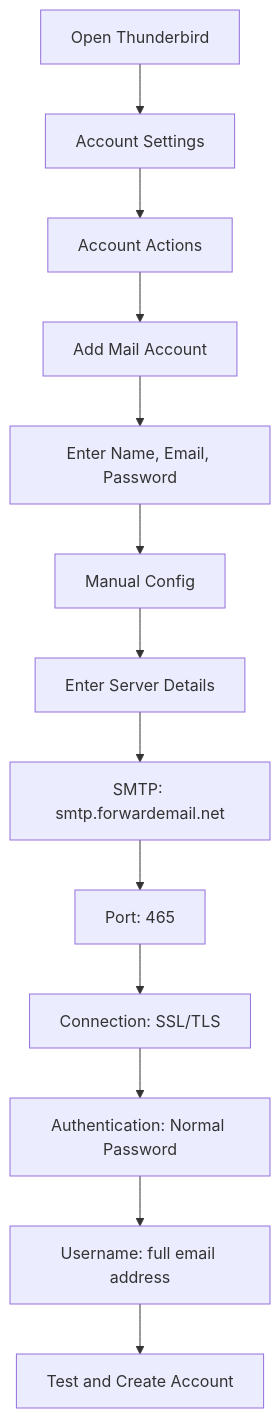
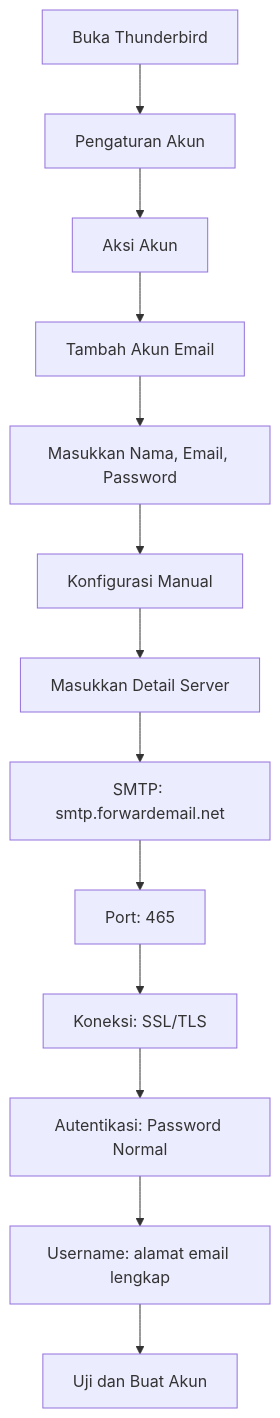
The diagram in app/views/guides/smtp-integration/index-id.md (forwardemail/forwardemail.net), drawn with Mermaid before and after one commit. The commit also changed other lines of this file and 1055 other files, not shown here.

````diff
--- a/app/views/guides/smtp-integration/index-id.md
+++ b/app/views/guides/smtp-integration/index-id.md
@@ -427,15 +434,15 @@
 ```mermaid
 flowchart TD
-    A[Open Thunderbird] --> B[Account Settings]
-    B --> C[Account Actions]
-    C --> D[Add Mail Account]
-    D --> E[Enter Name, Email, Password]
-    E --> F[Manual Config]
-    F --> G[Enter Server Details]
+    A[Buka Thunderbird] --> B[Pengaturan Akun]
+    B --> C[Aksi Akun]
+    C --> D[Tambah Akun Email]
+    D --> E[Masukkan Nama, Email, Password]
+    E --> F[Konfigurasi Manual]
+    F --> G[Masukkan Detail Server]
     G --> H[SMTP: smtp.forwardemail.net]
     H --> I[Port: 465]
-    I --> J[Connection: SSL/TLS]
-    J --> K[Authentication: Normal Password]
-    K --> L[Username: full email address]
-    L --> M[Test and Create Account]
+    I --> J[Koneksi: SSL/TLS]
+    J --> K[Autentikasi: Password Normal]
+    K --> L[Username: alamat email lengkap]
+    L --> M[Uji dan Buat Akun]
 ```
````
